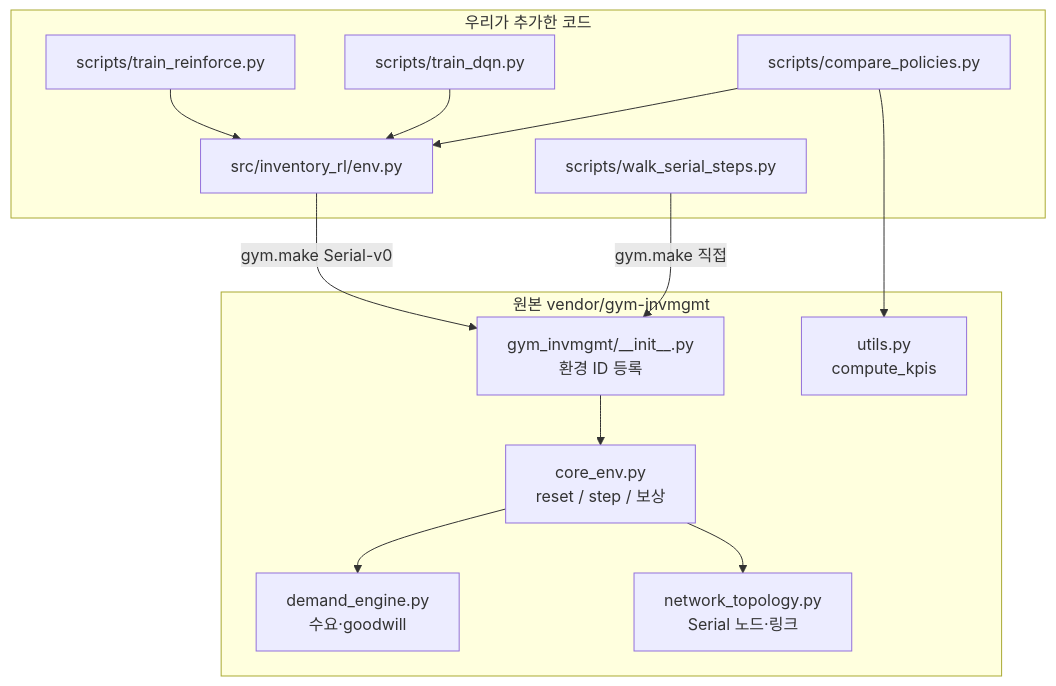
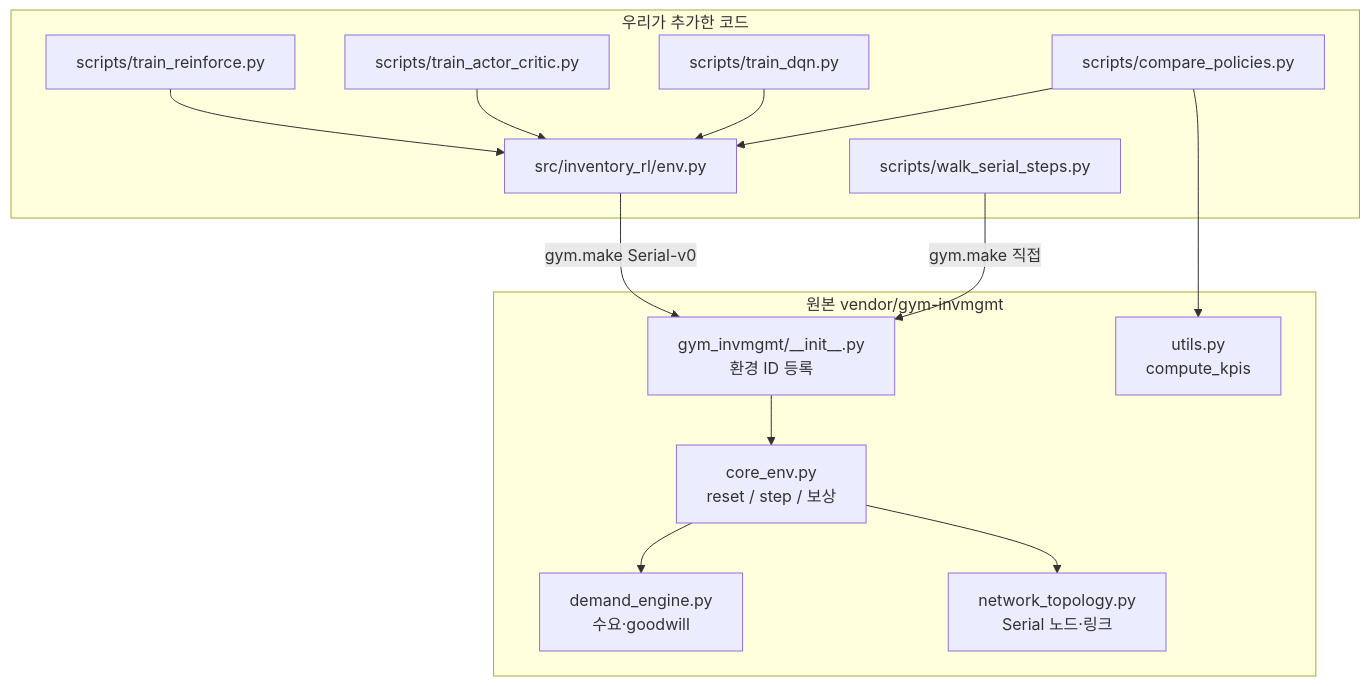
One commit to oksjjj/inventory-rl-project changed the first of 2 diagrams in docs/file_structure.md. Above: the diagram before and after it, drawn with Mermaid. The commit also changed other lines of this file and 10 other files, not shown here.

````diff
--- a/docs/file_structure.md
+++ b/docs/file_structure.md
@@ -38,28 +43,30 @@
 ```mermaid
 flowchart TB
   subgraph vendor ["원본 vendor/gym-invmgmt"]
     init["gym_invmgmt/__init__.py<br/>환경 ID 등록"]
     core["core_env.py<br/>reset / step / 보상"]
     demand["demand_engine.py<br/>수요·goodwill"]
     topo["network_topology.py<br/>Serial 노드·링크"]
     kpis["utils.py<br/>compute_kpis"]
     init --> core
     core --> demand
     core --> topo
   end
 
   subgraph ours ["우리가 추가한 코드"]
     env["src/inventory_rl/env.py"]
     walk["scripts/walk_serial_steps.py"]
     train_rf["scripts/train_reinforce.py"]
+    train_ac["scripts/train_actor_critic.py"]
     train_dqn["scripts/train_dqn.py"]
     cmp["scripts/compare_policies.py"]
   end
 
   env -->|"gym.make Serial-v0"| init
   walk -->|"gym.make 직접"| init
   train_rf --> env
+  train_ac --> env
   train_dqn --> env
   cmp --> env
   cmp --> kpis
 ```
````
